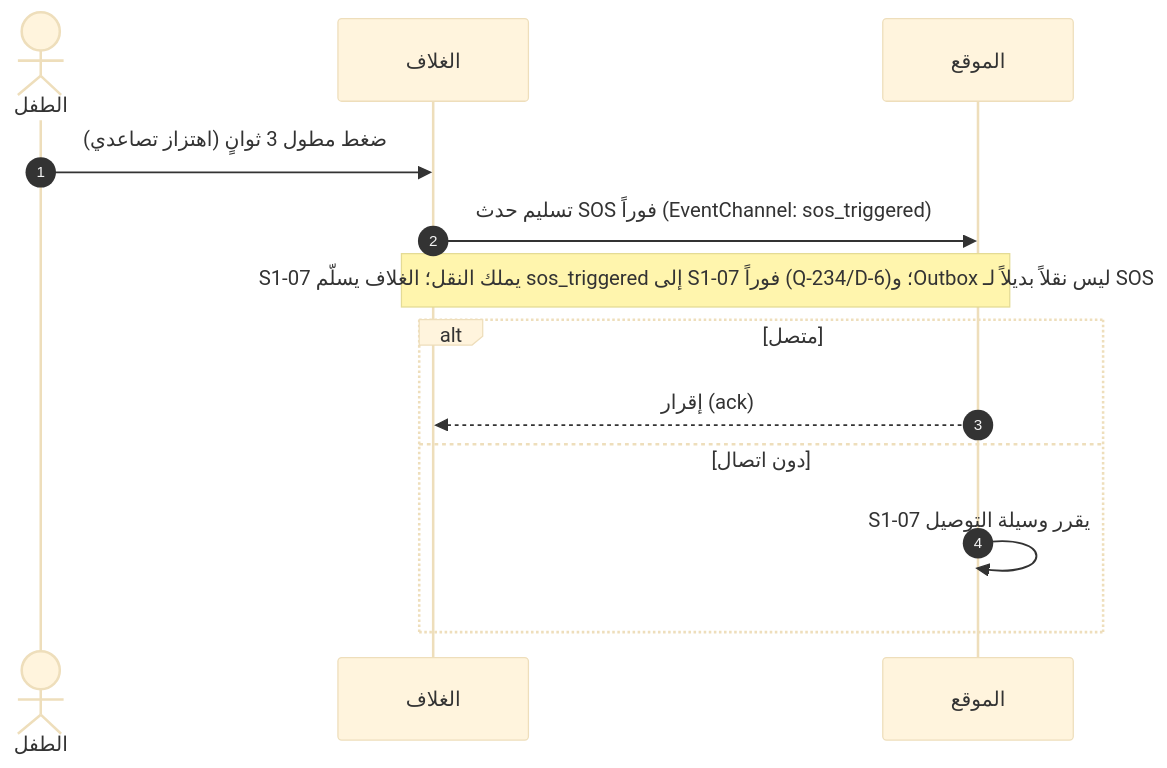
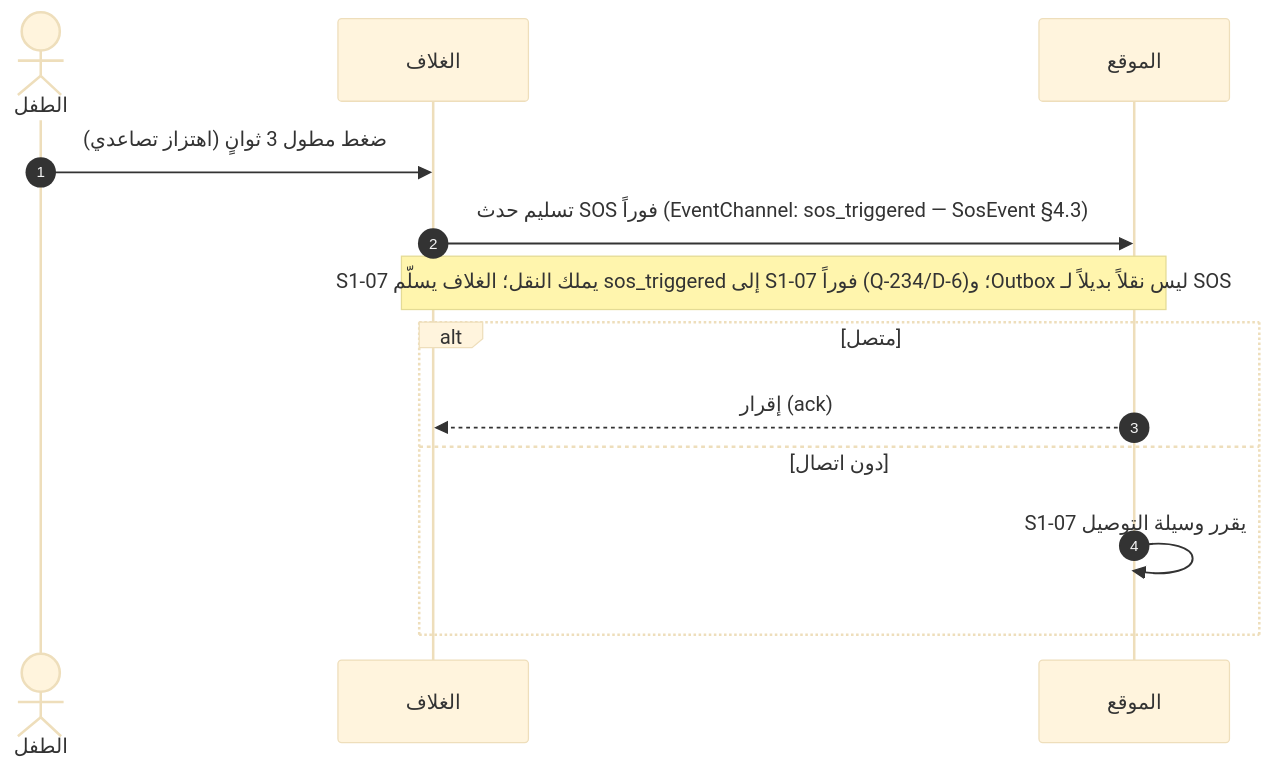
Before and after one commit to Bassam-mohammed-alqaeadi/family-os-v2: the sixth of 13 diagrams in docs/family-os/governance/phases/phase-1/S1-01-app-shell-and-platform/DIAGRAMS.md, drawn with Mermaid (base theme). The commit also changed other lines of this file and 3 other files, not shown here.

````diff
--- a/docs/family-os/governance/phases/phase-1/S1-01-app-shell-and-platform/DIAGRAMS.md
+++ b/docs/family-os/governance/phases/phase-1/S1-01-app-shell-and-platform/DIAGRAMS.md
@@ -222,15 +229,15 @@
 ```mermaid
 sequenceDiagram
     autonumber
     actor Child as الطفل
     participant Shell as الغلاف
     participant S107 as الموقع
     Child->>Shell: ضغط مطول 3 ثوانٍ (اهتزاز تصاعدي)
-    Shell->>S107: تسليم حدث SOS فوراً (EventChannel: sos_triggered)
+    Shell->>S107: تسليم حدث SOS فوراً (EventChannel: sos_triggered — SosEvent §4.3)
     Note over Shell,S107: S1-07 يملك النقل؛ الغلاف يسلّم sos_triggered إلى S1-07 فوراً (Q-234/D-6)؛ وOutbox ليس نقلاً بديلاً لـ SOS
     alt متصل
         S107-->>Shell: إقرار (ack)
     else دون اتصال
         S107->>S107: S1-07 يقرر وسيلة التوصيل
     end
 ```
````
